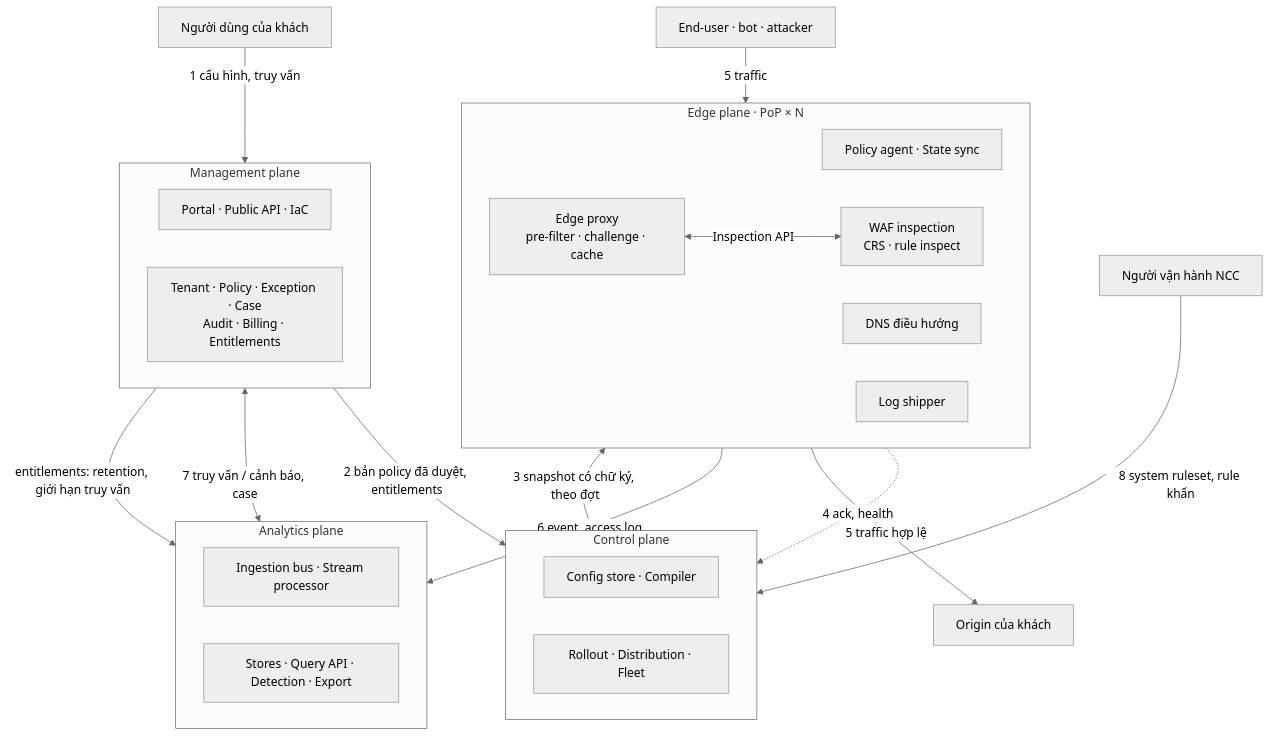
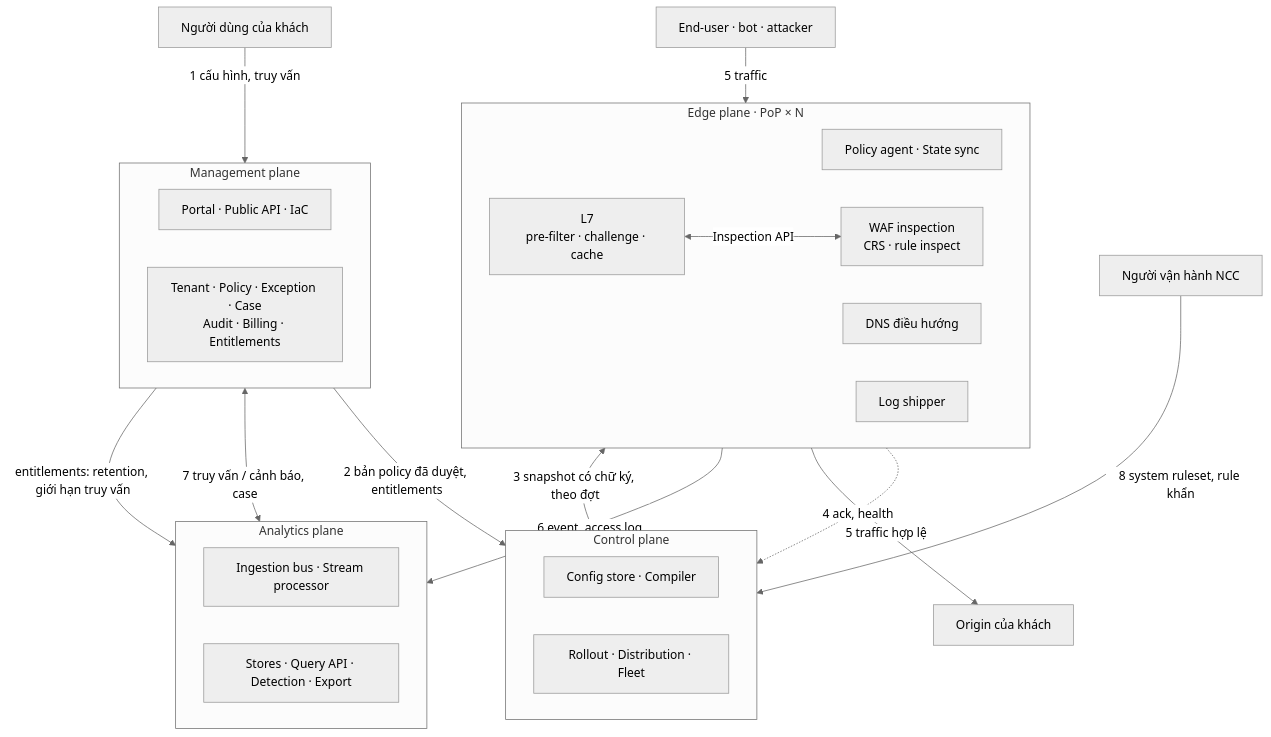
One commit to metap-org/metap-demo-waf changed the diagram in docs/architecture/05-building-blocks/00-index.md. Above: the diagram before and after it, drawn with Mermaid (neutral theme). The commit also changed other lines of this file and 38 other files, not shown here.

First line of the commit message:
docs: rename the edge proxy tier to L7

````diff
--- a/docs/architecture/05-building-blocks/00-index.md
+++ b/docs/architecture/05-building-blocks/00-index.md
@@ -17,39 +17,39 @@
 ```mermaid
 flowchart TB
     cust["Người dùng của khách"]
     prov["Người vận hành NCC"]
     eu["End-user · bot · attacker"]
     origin["Origin của khách"]
 
     subgraph M["Management plane"]
         m1["Portal · Public API · IaC"]
         m2["Tenant · Policy · Exception · Case<br/>Audit · Billing · Entitlements"]
     end
     subgraph C["Control plane"]
         c1["Config store · Compiler"]
         c2["Rollout · Distribution · Fleet"]
     end
     subgraph E["Edge plane · PoP × N"]
         e1["Policy agent · State sync"]
-        e2["Edge proxy<br/>pre-filter · challenge · cache"]
+        e2["L7<br/>pre-filter · challenge · cache"]
         e4["WAF inspection<br/>CRS · rule inspect"]
         e5["DNS điều hướng"]
         e3["Log shipper"]
     end
     subgraph A["Analytics plane"]
         a1["Ingestion bus · Stream processor"]
         a2["Stores · Query API · Detection · Export"]
     end
 
     cust -->|1 cấu hình, truy vấn| M
     M -->|2 bản policy đã duyệt, entitlements| C
     C -->|3 snapshot có chữ ký, theo đợt| E
     E -.->|4 ack, health| C
     eu -->|5 traffic| E
     e2 <-->|Inspection API| e4
     E -->|5 traffic hợp lệ| origin
     E -->|6 event, access log| A
     M <-->|7 truy vấn / cảnh báo, case| A
     prov -->|8 system ruleset, rule khẩn| C
     M -->|entitlements: retention, giới hạn truy vấn| A
 ```
````
